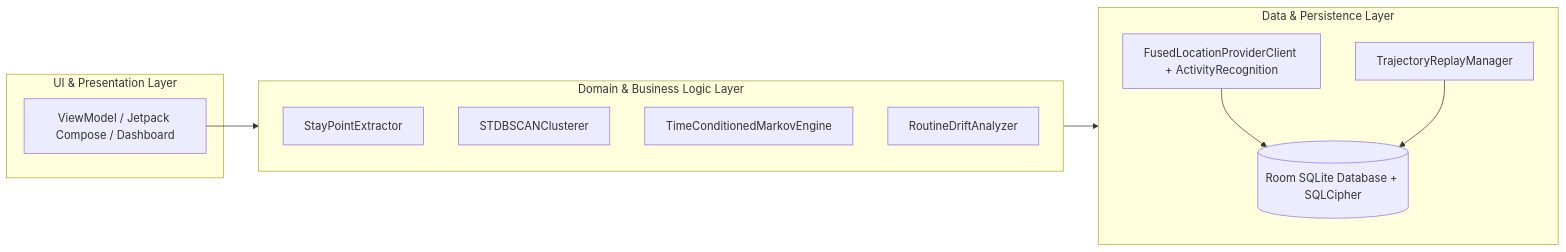
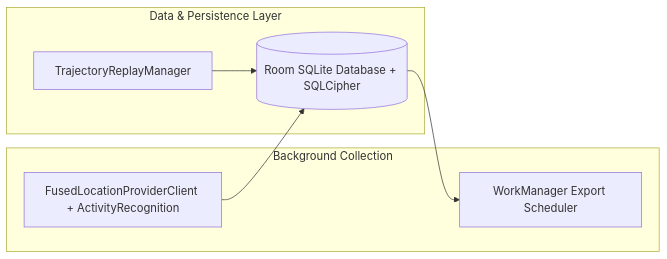
The second of 3 diagrams in docs/ARCHITECTURE.md (Reyatsu99/HabitMiner), drawn with Mermaid before and after one commit. The commit also changed other lines of this file and 3 other files, not shown here.

Commit message:
Update project scope to Hybrid Architecture separating Android logger and Python engine

````diff
--- a/docs/ARCHITECTURE.md
+++ b/docs/ARCHITECTURE.md
@@ -61,24 +47,16 @@
 ```mermaid
 graph LR
-    subgraph UI["UI & Presentation Layer"]
-        MVVM[ViewModel / Jetpack Compose / Dashboard]
-    end
-
-    subgraph DOMAIN["Domain & Business Logic Layer"]
-        SPE_M[StayPointExtractor]
-        STD_M[STDBSCANClusterer]
-        MC_M[TimeConditionedMarkovEngine]
-        DRIFT_M[RoutineDriftAnalyzer]
+    subgraph DOMAIN["Background Collection"]
+        FUSED[FusedLocationProviderClient + ActivityRecognition]
+        WORK[WorkManager Export Scheduler]
     end
 
     subgraph DATA["Data & Persistence Layer"]
         ROOM[(Room SQLite Database + SQLCipher)]
         REPLAY[TrajectoryReplayManager]
-        FUSED[FusedLocationProviderClient + ActivityRecognition]
     end
 
-    MVVM --> DOMAIN
-    DOMAIN --> DATA
     FUSED --> ROOM
     REPLAY --> ROOM
+    ROOM --> WORK
 ```
````
